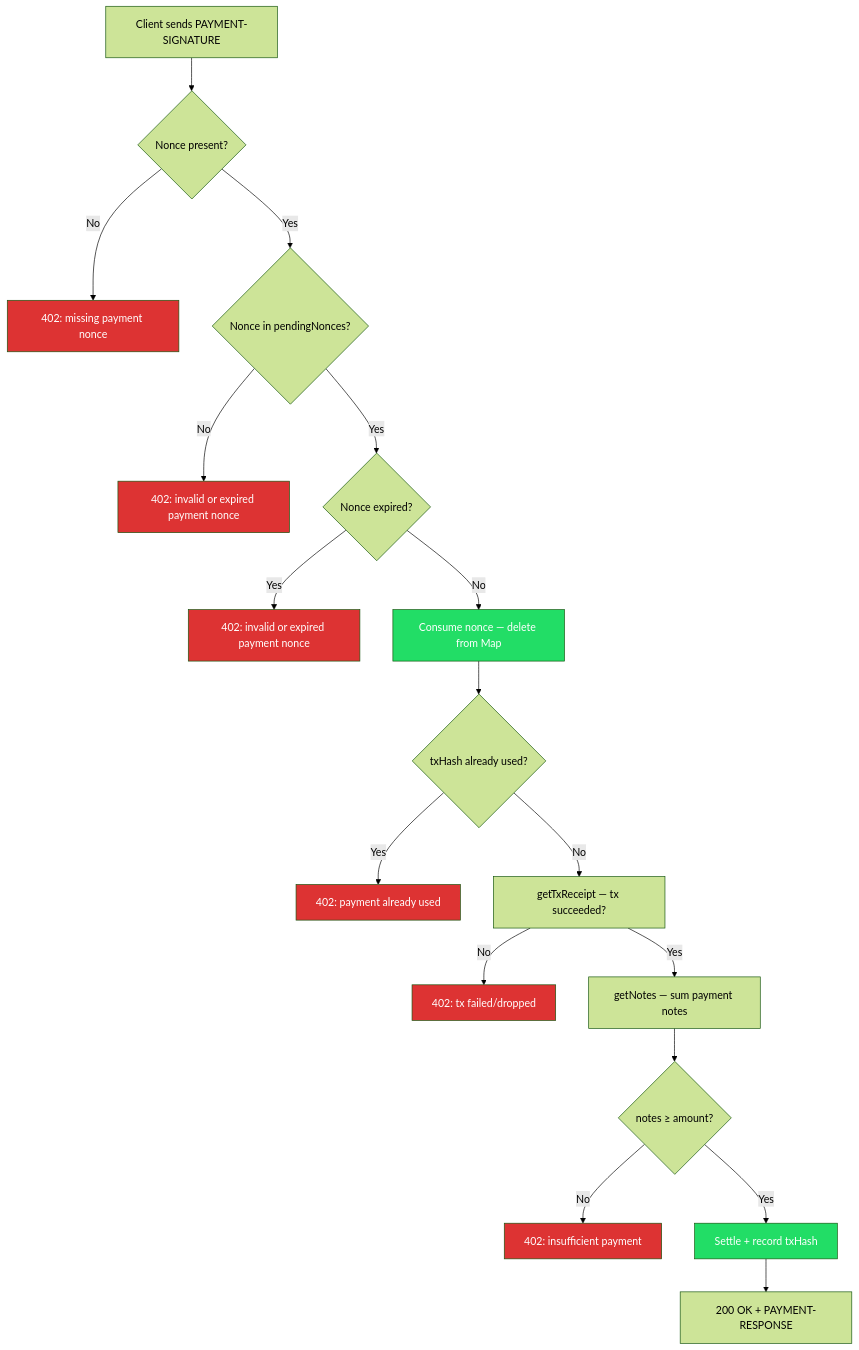
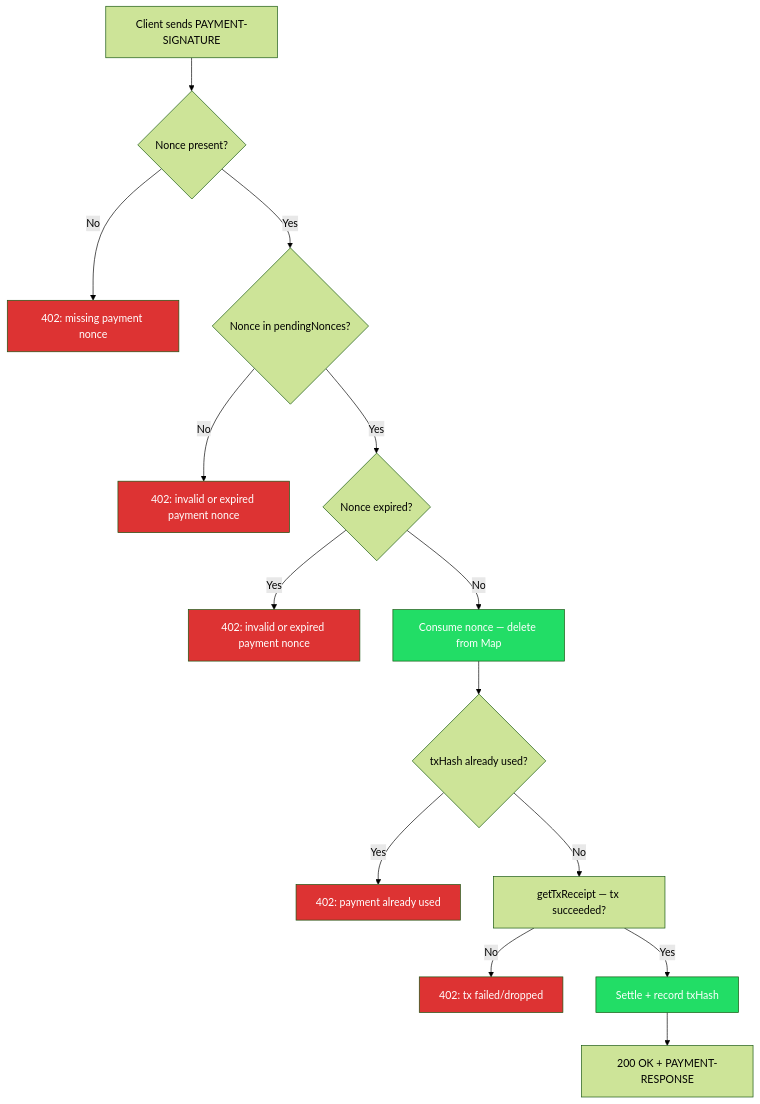
One commit to Galactica-corp/aztec-x402 changed the second of 3 diagrams in readme.md. Above: the diagram before and after it, drawn with Mermaid (forest theme). The commit also changed other lines of this file and 10 other files, not shown here.

````diff
--- a/readme.md
+++ b/readme.md
@@ -38,28 +36,24 @@
 ```mermaid
 flowchart TD
     A[Client sends PAYMENT-SIGNATURE] --> B{Nonce present?}
     B -- No --> R1[402: missing payment nonce]
     B -- Yes --> C{Nonce in pendingNonces?}
     C -- No --> R2[402: invalid or expired payment nonce]
     C -- Yes --> D{Nonce expired?}
     D -- Yes --> R3[402: invalid or expired payment nonce]
     D -- No --> E[Consume nonce — delete from Map]
     E --> F{txHash already used?}
     F -- Yes --> R4[402: payment already used]
     F -- No --> G[getTxReceipt — tx succeeded?]
     G -- No --> R5a[402: tx failed/dropped]
-    G -- Yes --> H[getNotes — sum payment notes]
-    H --> I{notes ≥ amount?}
-    I -- No --> R5[402: insufficient payment]
-    I -- Yes --> J2[Settle + record txHash]
+    G -- Yes --> J2[Settle + record txHash]
     J2 --> J[200 OK + PAYMENT-RESPONSE]
 
     style E fill:#2d6,color:#fff
     style J2 fill:#2d6,color:#fff
     style R1 fill:#d33,color:#fff
     style R2 fill:#d33,color:#fff
     style R3 fill:#d33,color:#fff
     style R4 fill:#d33,color:#fff
-    style R5 fill:#d33,color:#fff
     style R5a fill:#d33,color:#fff
 ```
````
